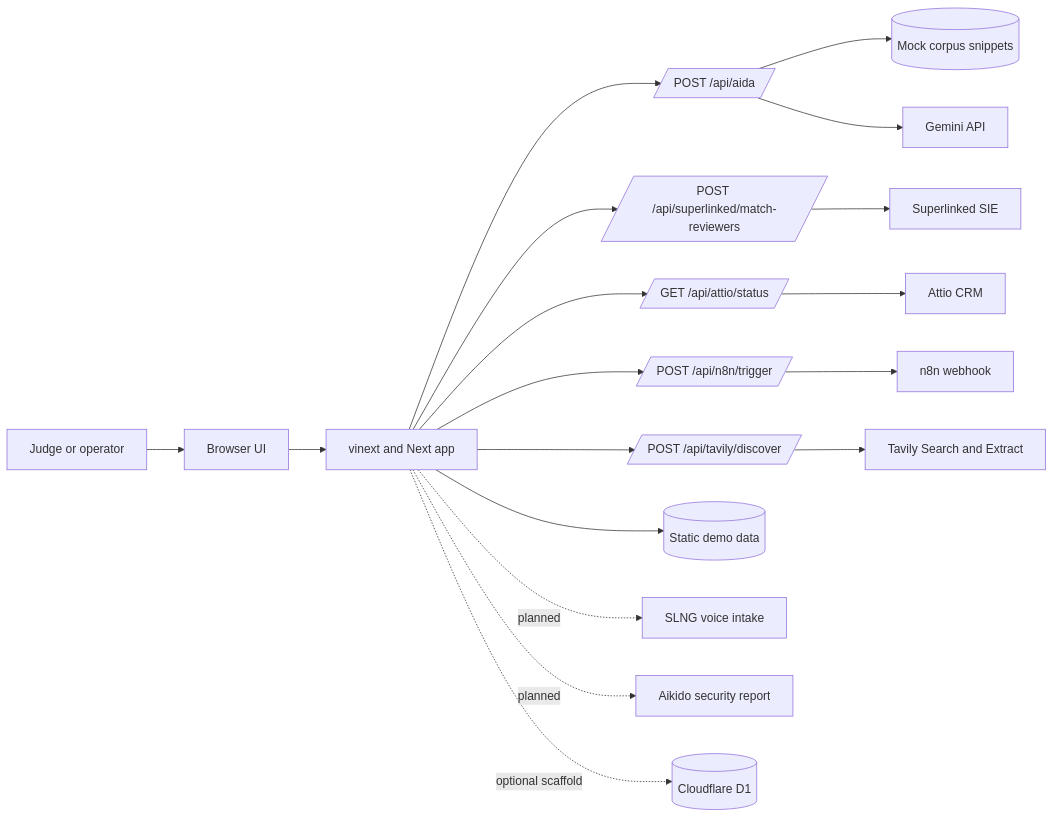
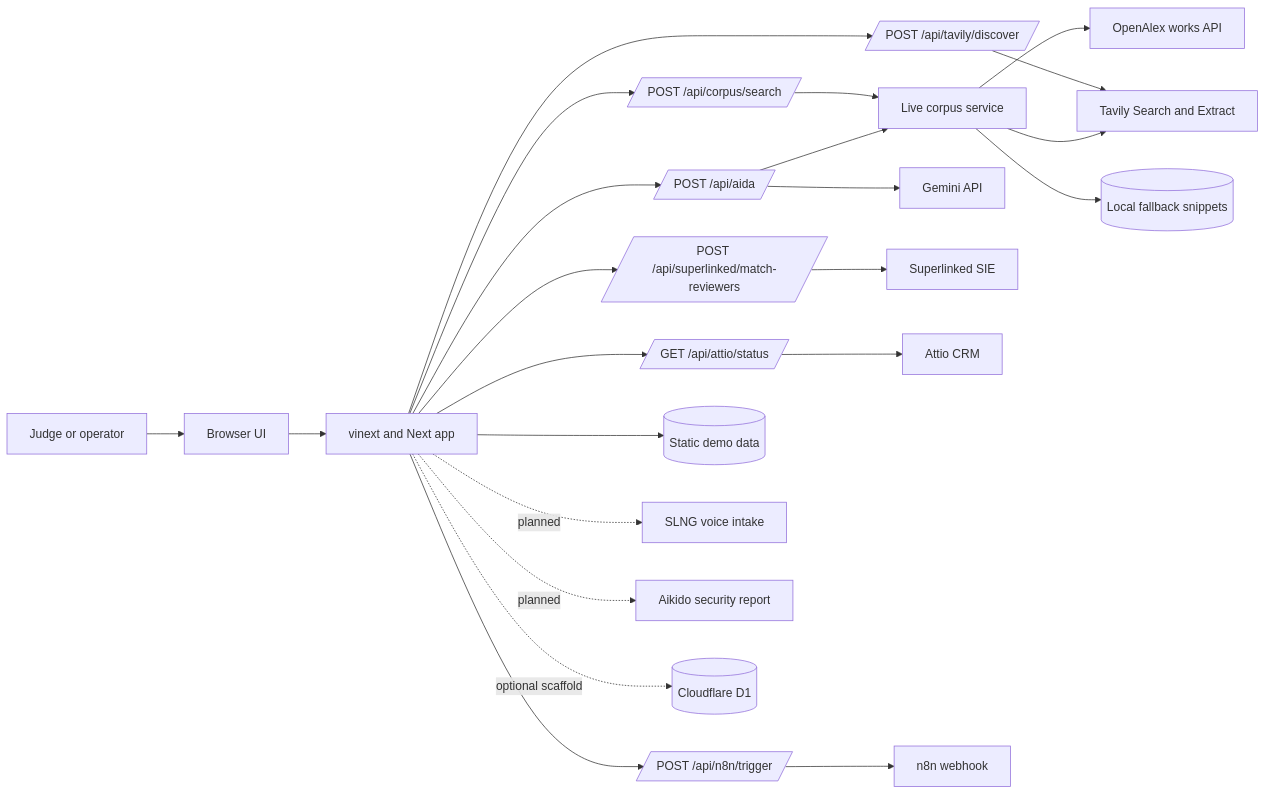
One commit to MasteraSnackin/Peerflow changed the diagram in ARCHITECTURE.md. Above: the diagram before and after it, drawn with Mermaid. The commit also changed other lines of this file and 9 other files, not shown here.

Commit message:
Add live open-access corpus retrieval

````diff
--- a/ARCHITECTURE.md
+++ b/ARCHITECTURE.md
@@ -36,20 +38,25 @@
 ```mermaid
 flowchart LR
   Judge[Judge or operator] --> Browser[Browser UI]
   Browser --> App[vinext and Next app]
   App --> AidaRoute[/POST /api/aida/]
+  App --> CorpusRoute[/POST /api/corpus/search/]
   App --> MatchRoute[/POST /api/superlinked/match-reviewers/]
   App --> AttioRoute[/GET /api/attio/status/]
   App --> N8nRoute[/POST /api/n8n/trigger/]
   App --> TavilyRoute[/POST /api/tavily/discover/]
   App --> StaticData[(Static demo data)]
-  AidaRoute --> Corpus[(Mock corpus snippets)]
+  AidaRoute --> CorpusService[Live corpus service]
+  CorpusRoute --> CorpusService
+  CorpusService --> OpenAlex[OpenAlex works API]
+  CorpusService --> Tavily[Tavily Search and Extract]
+  CorpusService --> Fallback[(Local fallback snippets)]
   AidaRoute --> Gemini[Gemini API]
   MatchRoute --> SIE[Superlinked SIE]
   AttioRoute --> Attio[Attio CRM]
   N8nRoute --> N8N[n8n webhook]
-  TavilyRoute --> Tavily[Tavily Search and Extract]
+  TavilyRoute --> Tavily
   App -. planned .-> SLNG[SLNG voice intake]
   App -. planned .-> Aikido[Aikido security report]
   App -. optional scaffold .-> D1[(Cloudflare D1)]
 ```
````
